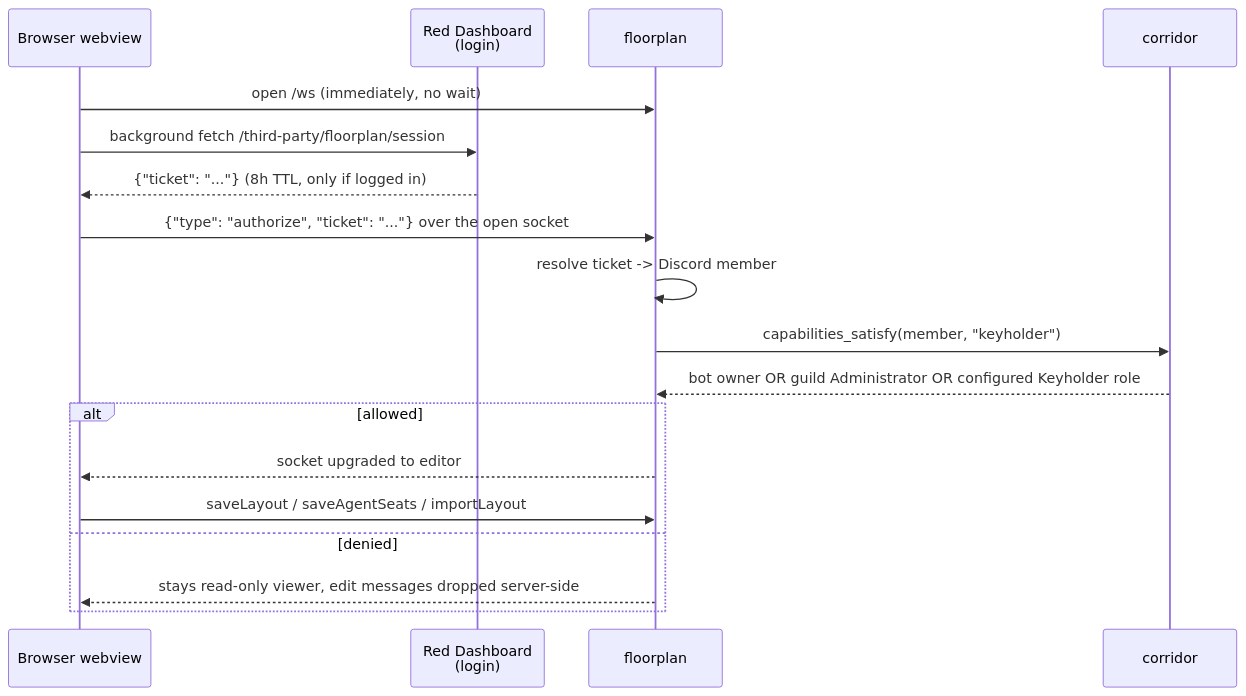
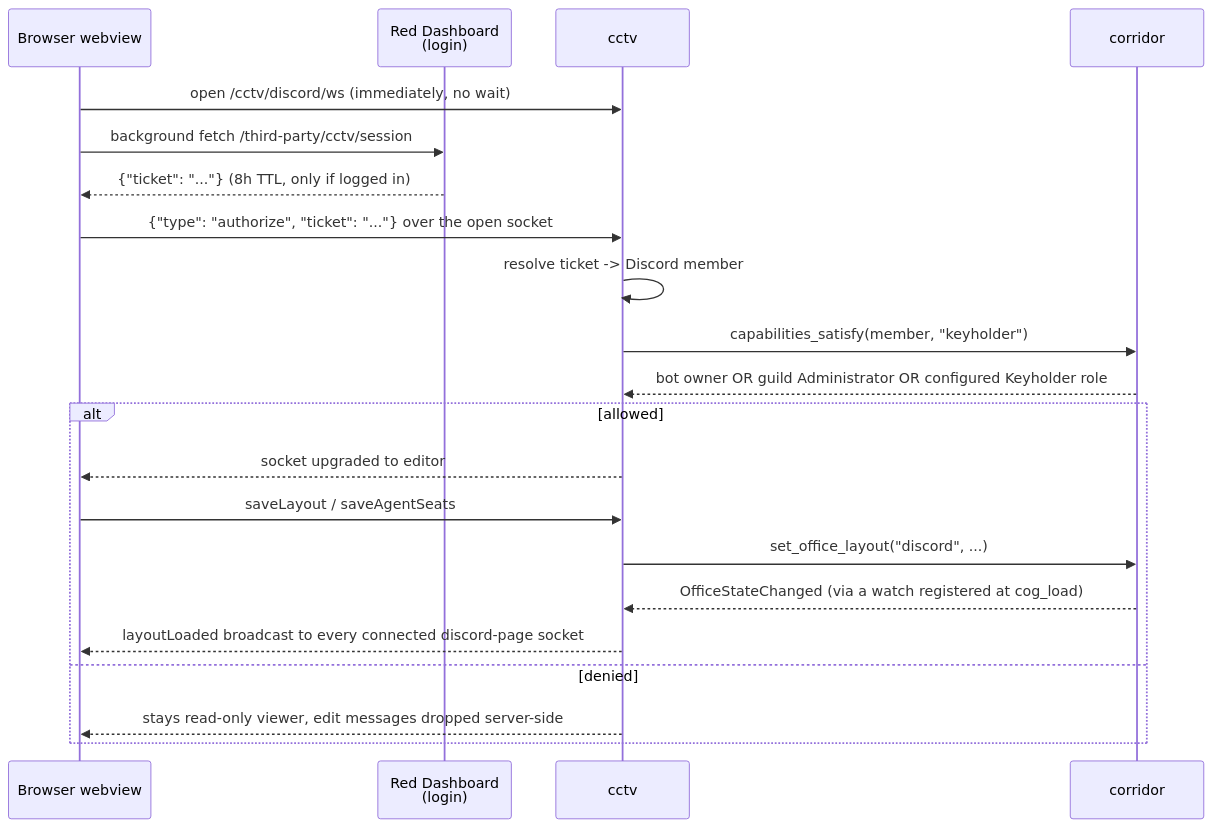
Before and after one commit to pixel-agents-hq/pixel-agents-cogs: the fourth of 8 diagrams in docs/architecture.md, drawn with Mermaid. The commit also changed other lines of this file and 4 other files, not shown here.

First line of the commit message:
docs+chore: finish the office_layout_settings retirement and doc sweep

````diff
--- a/docs/architecture.md
+++ b/docs/architecture.md
@@ -253,21 +263,24 @@
 ```mermaid
 sequenceDiagram
     participant B as Browser webview
     participant Dash as Red Dashboard<br/>(login)
-    participant FP as floorplan
+    participant CV as cctv
     participant C as corridor
 
-    B->>FP: open /ws (immediately, no wait)
-    B->>Dash: background fetch /third-party/floorplan/session
+    B->>CV: open /cctv/discord/ws (immediately, no wait)
+    B->>Dash: background fetch /third-party/cctv/session
     Dash-->>B: {"ticket": "..."} (8h TTL, only if logged in)
-    B->>FP: {"type": "authorize", "ticket": "..."} over the open socket
-    FP->>FP: resolve ticket -> Discord member
-    FP->>C: capabilities_satisfy(member, "keyholder")
-    C-->>FP: bot owner OR guild Administrator OR configured Keyholder role
+    B->>CV: {"type": "authorize", "ticket": "..."} over the open socket
+    CV->>CV: resolve ticket -> Discord member
+    CV->>C: capabilities_satisfy(member, "keyholder")
+    C-->>CV: bot owner OR guild Administrator OR configured Keyholder role
     alt allowed
-        FP-->>B: socket upgraded to editor
-        B->>FP: saveLayout / saveAgentSeats / importLayout
+        CV-->>B: socket upgraded to editor
+        B->>CV: saveLayout / saveAgentSeats
+        CV->>C: set_office_layout("discord", ...)
+        C-->>CV: OfficeStateChanged (via a watch registered at cog_load)
+        CV-->>B: layoutLoaded broadcast to every connected discord-page socket
     else denied
-        FP-->>B: stays read-only viewer, edit messages dropped server-side
+        CV-->>B: stays read-only viewer, edit messages dropped server-side
     end
 ```
````
